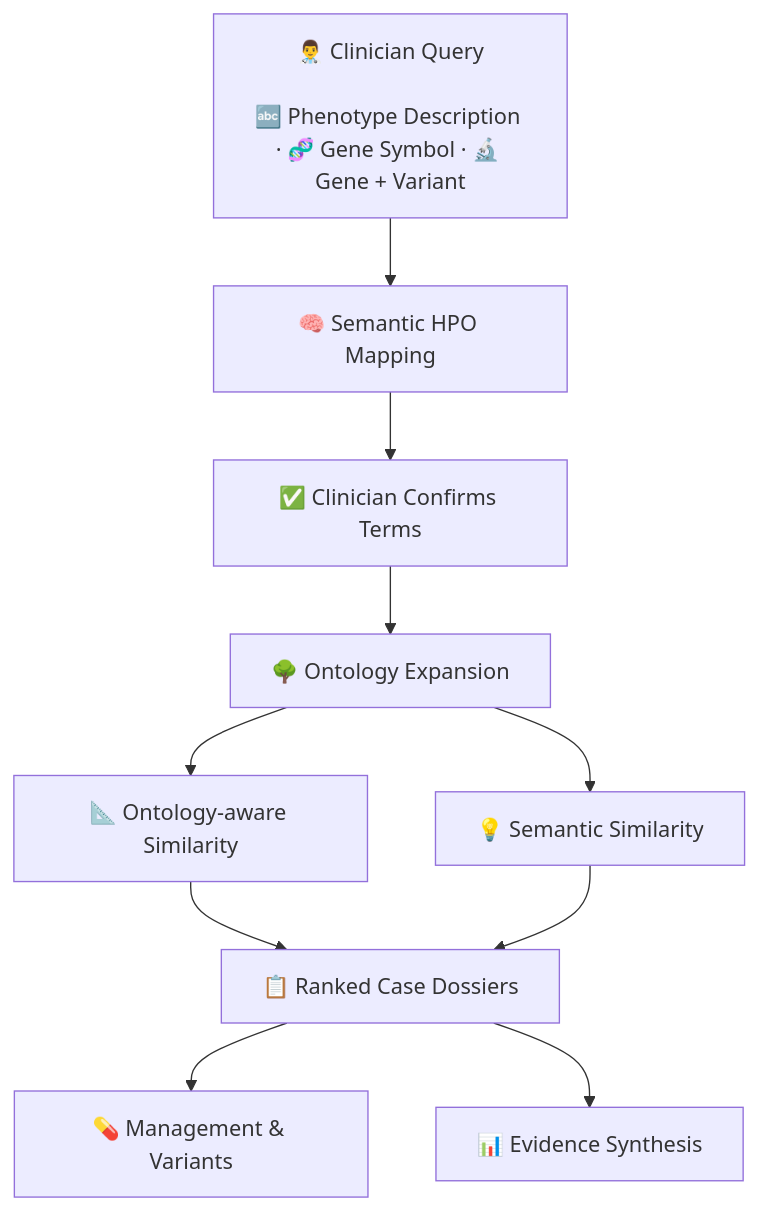
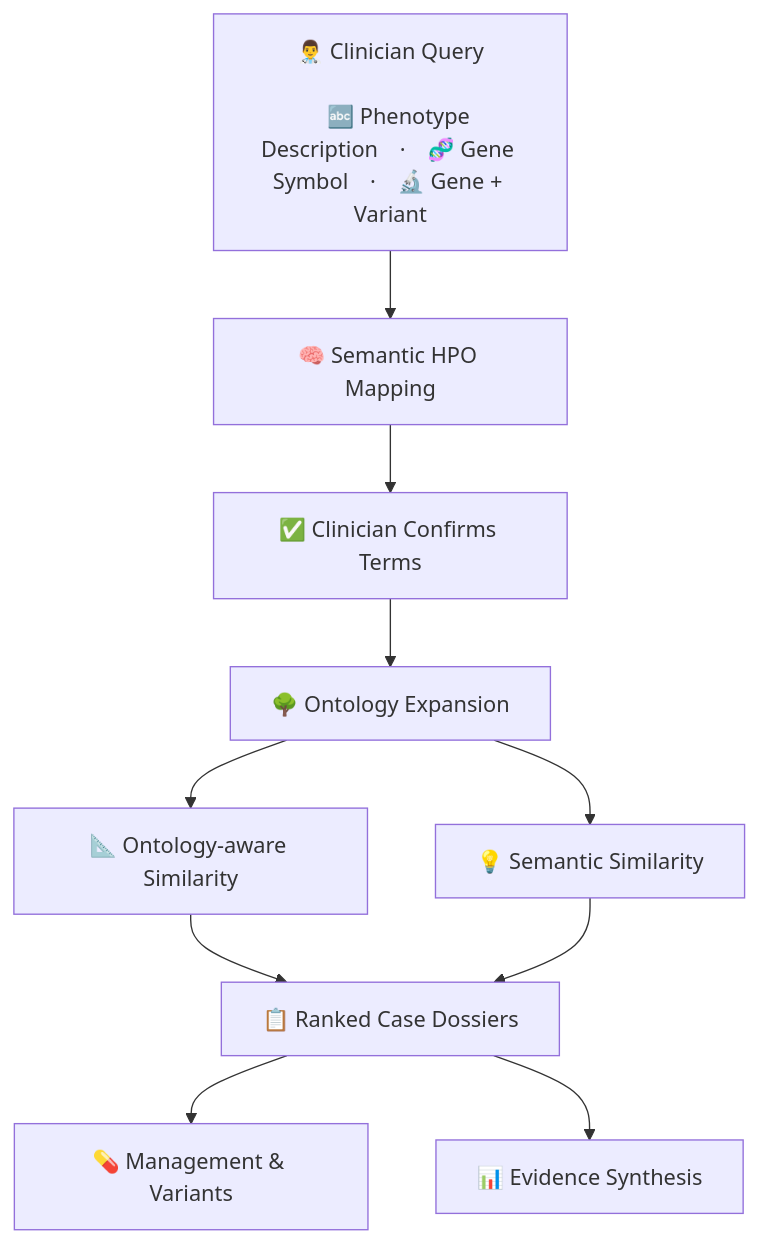
Before and after one commit to suryamukhikuchibhotla/RareDex-documentation: the diagram in README.md, drawn with Mermaid.

````diff
--- a/README.md
+++ b/README.md
@@ -51,12 +51,12 @@
 ```mermaid
 flowchart TD
-    A["👨‍⚕️ Clinician Query\n\n🔤 Phenotype Description · 🧬 Gene Symbol · 🔬 Gene + Variant"]
+    A["👨‍⚕️ Clinician Query\n\n　🔤 Phenotype Description　·　🧬 Gene Symbol　·　🔬 Gene + Variant　"]
     
     A --> B[🧠 Semantic HPO Mapping]
     B --> C[✅ Clinician Confirms Terms]
     C --> D[🌳 Ontology Expansion]
     D --> E[📐 Ontology-aware Similarity]
     D --> F[💡 Semantic Similarity]
     E & F --> G[📋 Ranked Case Dossiers]
     G --> H[💊 Management & Variants] & I[📊 Evidence Synthesis]
 ```
````
